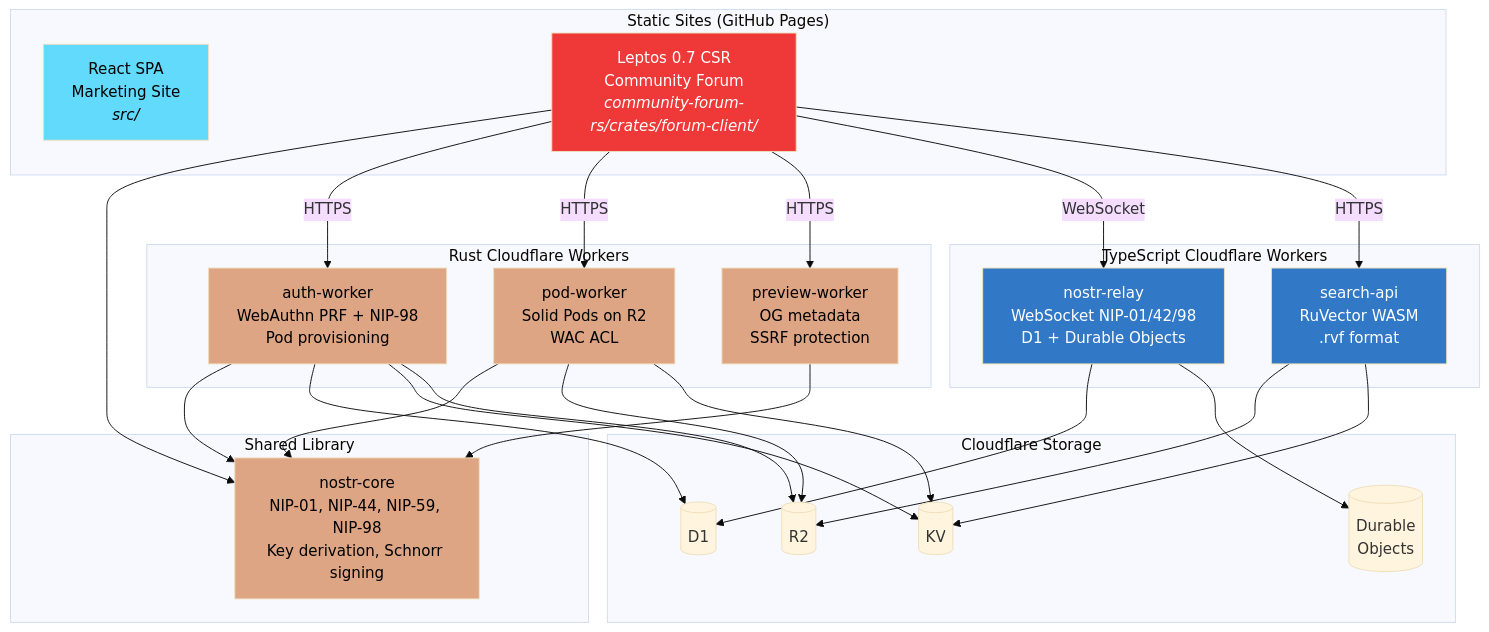
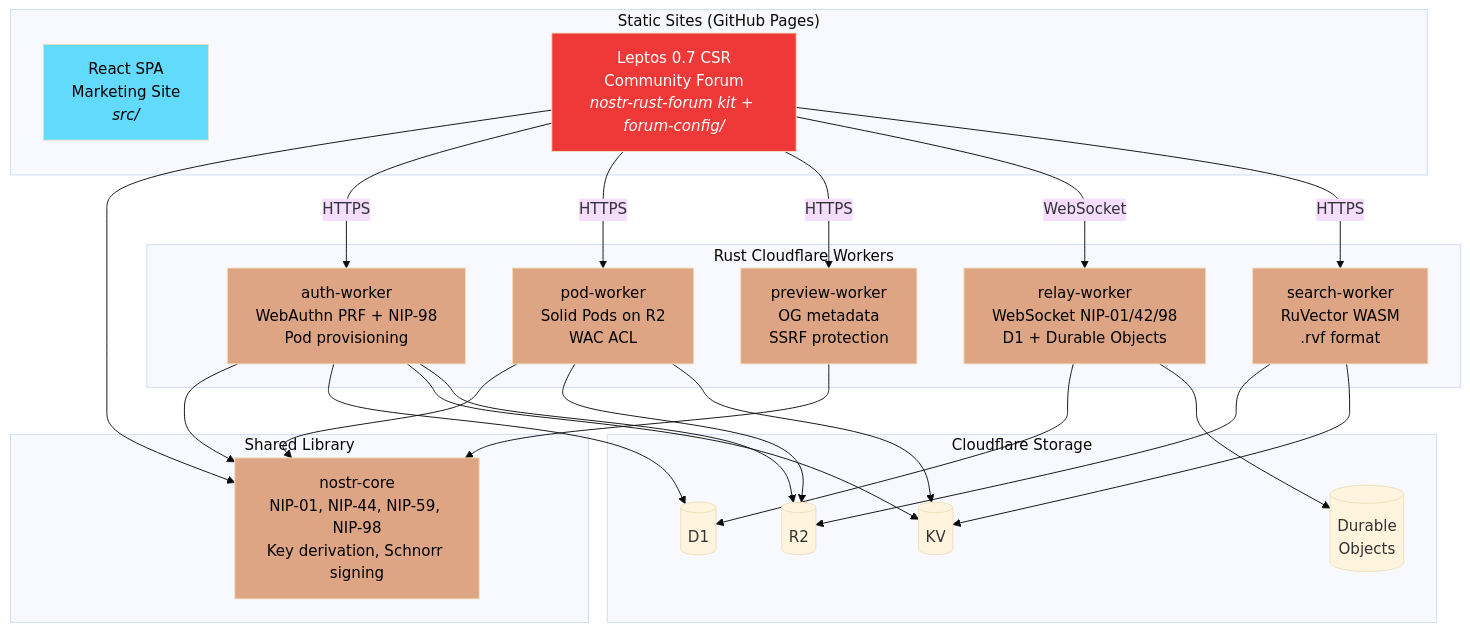
The first of 7 diagrams in docs/README.md (DreamLab-AI/dreamlab-ai-website), drawn with Mermaid (base theme) before and after one commit. The commit also changed other lines of this file and 9 other files, not shown here.

````diff
--- a/docs/README.md
+++ b/docs/README.md
@@ -13,59 +13,56 @@
 ```mermaid
 graph TB
     subgraph "Static Sites (GitHub Pages)"
         REACT["React SPA<br/>Marketing Site<br/><i>src/</i>"]
-        LEPTOS["Leptos 0.7 CSR<br/>Community Forum<br/><i>community-forum-rs/crates/forum-client/</i>"]
+        LEPTOS["Leptos 0.7 CSR<br/>Community Forum<br/><i>nostr-rust-forum kit + forum-config/</i>"]
     end
 
     subgraph "Shared Library"
         CORE["nostr-core<br/>NIP-01, NIP-44, NIP-59, NIP-98<br/>Key derivation, Schnorr signing"]
     end
 
     subgraph "Rust Cloudflare Workers"
         AUTH["auth-worker<br/>WebAuthn PRF + NIP-98<br/>Pod provisioning"]
         POD["pod-worker<br/>Solid Pods on R2<br/>WAC ACL"]
         PREVIEW["preview-worker<br/>OG metadata<br/>SSRF protection"]
-    end
-
-    subgraph "TypeScript Cloudflare Workers"
-        RELAY["nostr-relay<br/>WebSocket NIP-01/42/98<br/>D1 + Durable Objects"]
-        SEARCH["search-api<br/>RuVector WASM<br/>.rvf format"]
+        RELAY["relay-worker<br/>WebSocket NIP-01/42/98<br/>D1 + Durable Objects"]
+        SEARCH["search-worker<br/>RuVector WASM<br/>.rvf format"]
     end
 
     subgraph "Cloudflare Storage"
         D1[(D1)]
         KV[(KV)]
         R2[(R2)]
         DO[(Durable<br/>Objects)]
     end
 
     LEPTOS --> CORE
     AUTH --> CORE
     POD --> CORE
     PREVIEW --> CORE
 
     LEPTOS -- "HTTPS" --> AUTH
     LEPTOS -- "HTTPS" --> POD
     LEPTOS -- "HTTPS" --> PREVIEW
     LEPTOS -- "WebSocket" --> RELAY
     LEPTOS -- "HTTPS" --> SEARCH
 
     AUTH --> D1
     AUTH --> KV
     AUTH --> R2
     RELAY --> D1
     RELAY --> DO
     POD --> R2
     POD --> KV
     SEARCH --> R2
     SEARCH --> KV
 
     style REACT fill:#61DAFB,color:#000
     style LEPTOS fill:#ef3939,color:#fff
     style CORE fill:#dea584,color:#000
     style AUTH fill:#dea584,color:#000
     style POD fill:#dea584,color:#000
     style PREVIEW fill:#dea584,color:#000
-    style RELAY fill:#3178C6,color:#fff
-    style SEARCH fill:#3178C6,color:#fff
+    style RELAY fill:#dea584,color:#000
+    style SEARCH fill:#dea584,color:#000
 ```
````
